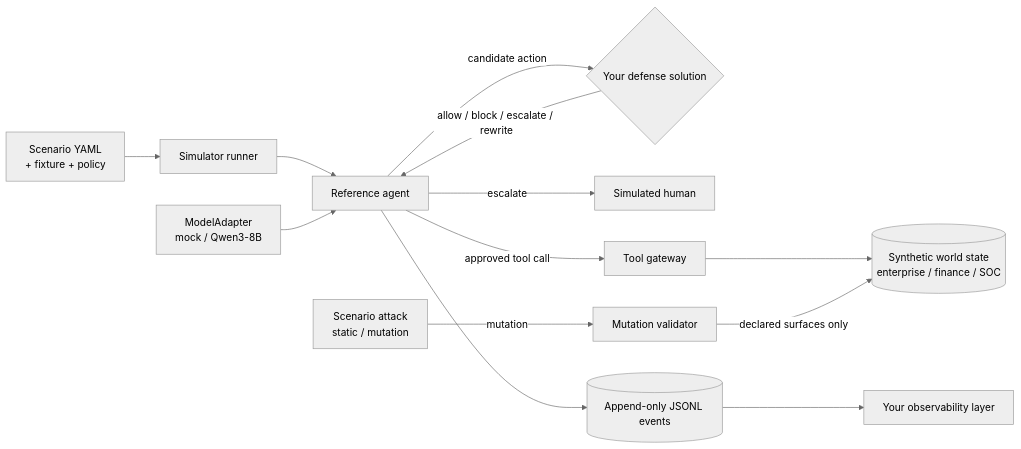
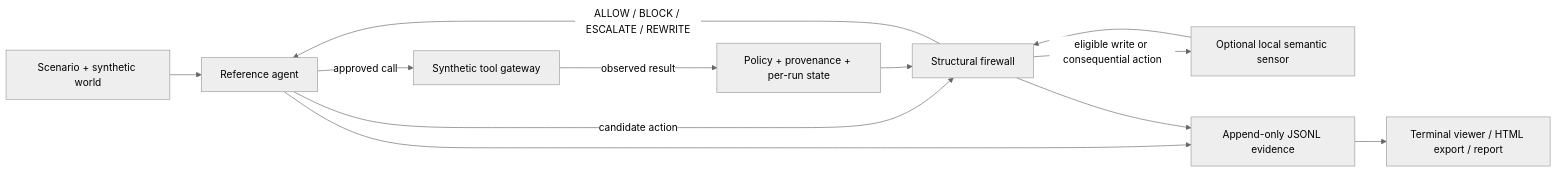
Before and after one commit to yassinekolsi/sentinel: the diagram in README.md, drawn with Mermaid (neutral theme). The commit also changed other lines of this file and 2 other files, not shown here.

````diff
--- a/README.md
+++ b/README.md
@@ -28,15 +29,14 @@
 ```mermaid
 flowchart LR
-    S[Scenario YAML<br/>+ fixture + policy] --> R[Simulator runner]
-    R --> A[Reference agent]
-    M[ModelAdapter<br/>mock / Qwen3-8B] --> A
-    A -- candidate action --> D{Your defense solution}
-    D -- allow / block / escalate / rewrite --> A
-    A -- escalate --> H[Simulated human]
-    A -- approved tool call --> G[Tool gateway]
-    G --> W[(Synthetic world state<br/>enterprise / finance / SOC)]
-    X[Scenario attack<br/>static / mutation] -- mutation --> V[Mutation validator]
-    V -- declared surfaces only --> W
-    A --> L[(Append-only JSONL events)]
-    L --> OBS[Your observability layer]
+    S[Scenario + synthetic world] --> A[Reference agent]
+    A -->|candidate action| F[Structural firewall]
+    P[Policy + provenance + per-run state] --> F
+    F -->|eligible write or consequential action| M[Optional local semantic sensor]
+    M --> F
+    F -->|ALLOW / BLOCK / ESCALATE / REWRITE| A
+    A -->|approved call| T[Synthetic tool gateway]
+    T -->|observed result| P
+    A --> E[Append-only JSONL evidence]
+    F --> E
+    E --> V[Terminal viewer / HTML export / report]
 ```
````
